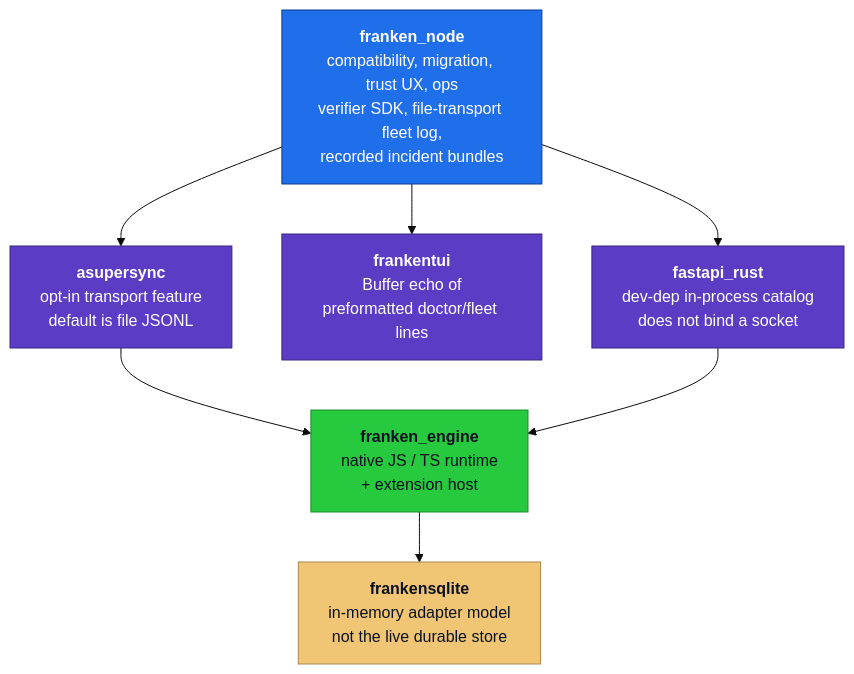
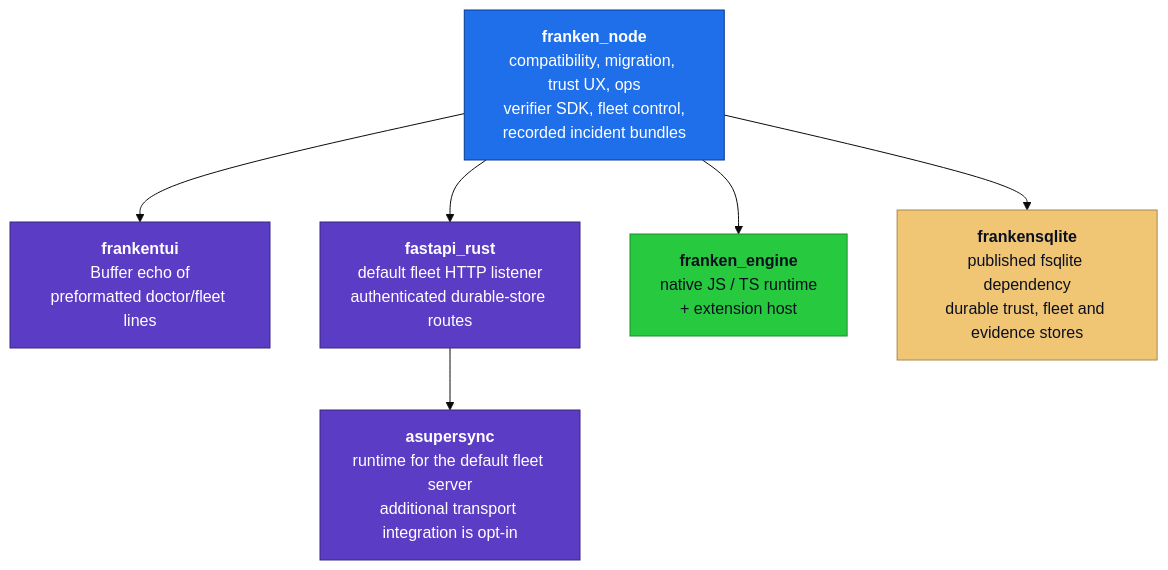
One commit to Dicklesworthstone/franken_node changed the first of 4 diagrams in README.md. Above: the diagram before and after it, drawn with Mermaid (base theme). The commit also changed other lines of this file and 16 other files, not shown here.

````diff
--- a/README.md
+++ b/README.md
@@ -1276,25 +1290,24 @@
 ```mermaid
 flowchart TB
-    fn["<b>franken_node</b><br/>compatibility, migration, trust UX, ops<br/>verifier SDK, file-transport fleet log,<br/>recorded incident bundles"]
-    asu["<b>asupersync</b><br/>opt-in transport feature<br/>default is file JSONL"]
+    fn["<b>franken_node</b><br/>compatibility, migration, trust UX, ops<br/>verifier SDK, fleet control,<br/>recorded incident bundles"]
+    asu["<b>asupersync</b><br/>runtime for the default fleet server<br/>additional transport integration is opt-in"]
     ftui["<b>frankentui</b><br/>Buffer echo of<br/>preformatted doctor/fleet lines"]
-    fapi["<b>fastapi_rust</b><br/>dev-dep in-process catalog<br/>does not bind a socket"]
+    fapi["<b>fastapi_rust</b><br/>default fleet HTTP listener<br/>authenticated durable-store routes"]
     feng["<b>franken_engine</b><br/>native JS / TS runtime<br/>+ extension host"]
-    fsql["<b>frankensqlite</b><br/>in-memory adapter model<br/>not the live durable store"]
+    fsql["<b>frankensqlite</b><br/>published fsqlite dependency<br/>durable trust, fleet and evidence stores"]
 
-    fn --> asu
     fn --> ftui
     fn --> fapi
-    asu --> feng
-    fapi --> feng
-    feng --> fsql
+    fn --> feng
+    fn --> fsql
+    fapi --> asu
 
     classDef product fill:#1f6feb,color:#fff,stroke:#0a3b91,stroke-width:1px;
     classDef plane fill:#5b3cc4,color:#fff,stroke:#3a2780,stroke-width:1px;
     classDef substrate fill:#27c93f,color:#0b1020,stroke:#1d8e2c,stroke-width:1px;
     classDef store fill:#f0c674,color:#0b1020,stroke:#a8884c,stroke-width:1px;
     class fn product;
     class asu,ftui,fapi plane;
     class feng substrate;
     class fsql store;
 ```
````
